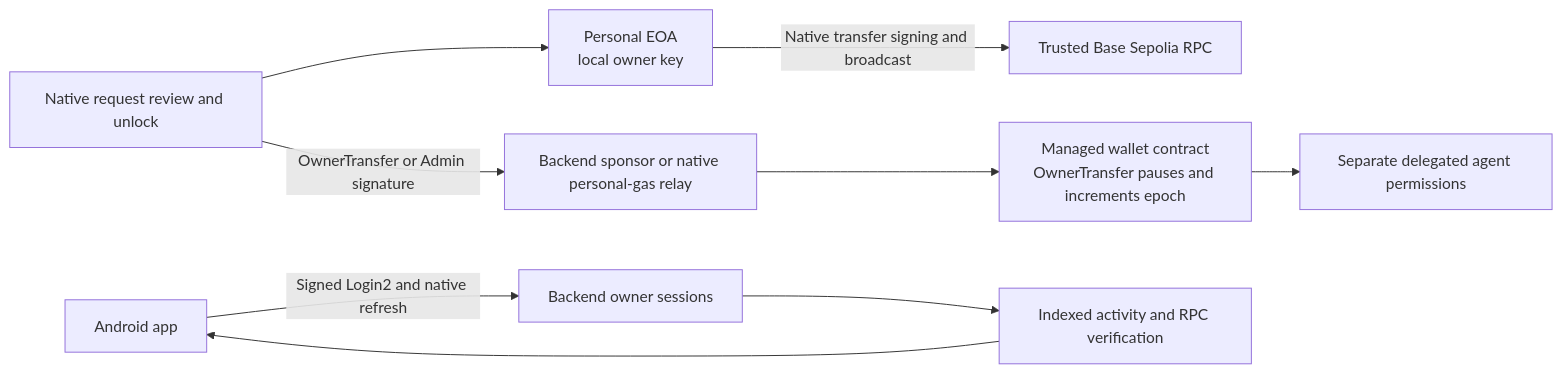
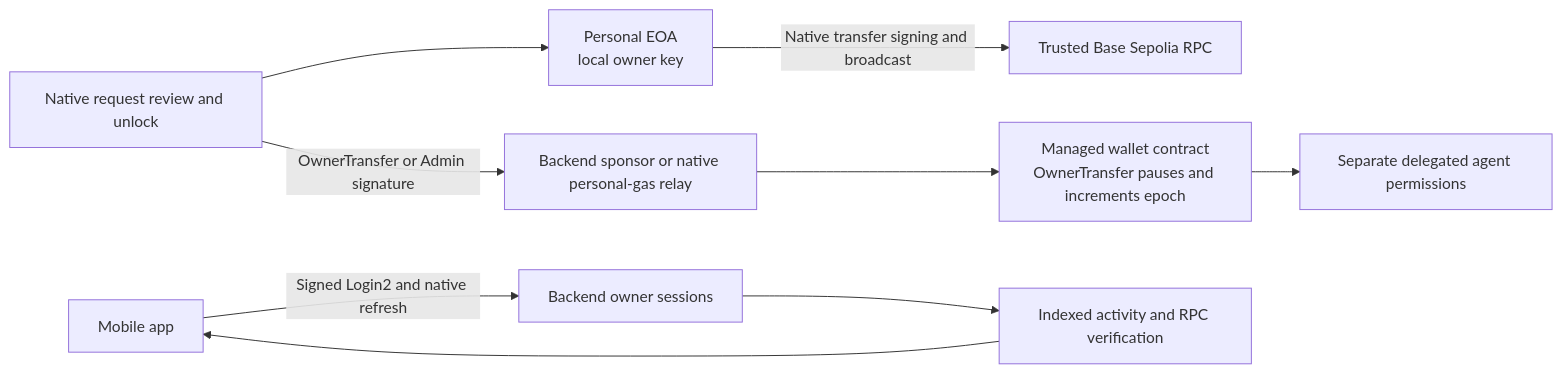
One commit to Safius-Sifat/Fintechathon changed the third of 4 diagrams in architecture.md. Above: the diagram before and after it, drawn with Mermaid. The commit also changed other lines of this file and 12 other files, not shown here.

First line of the commit message:
docs(plans): make the owner wallet cross-platform (Android and iOS)

````diff
--- a/architecture.md
+++ b/architecture.md
@@ -152,11 +152,11 @@
 ```mermaid
 flowchart LR
  Personal[Personal EOA\nlocal owner key] -->|Native transfer signing and broadcast| RPC2[Trusted Base Sepolia RPC]
  Native2[Native request review and unlock] --> Personal
  Native2 -->|OwnerTransfer or Admin signature| OwnerRelay[Backend sponsor or native personal-gas relay]
  OwnerRelay --> Managed[Managed wallet contract\nOwnerTransfer pauses and increments epoch]
- Phone2[Android app] -->|Signed Login2 and native refresh| Sessions[Backend owner sessions]
+ Phone2[Mobile app] -->|Signed Login2 and native refresh| Sessions[Backend owner sessions]
  Sessions --> History[Indexed activity and RPC verification]
  History --> Phone2
  Managed --> Agent2[Separate delegated agent permissions]
 ```
````
